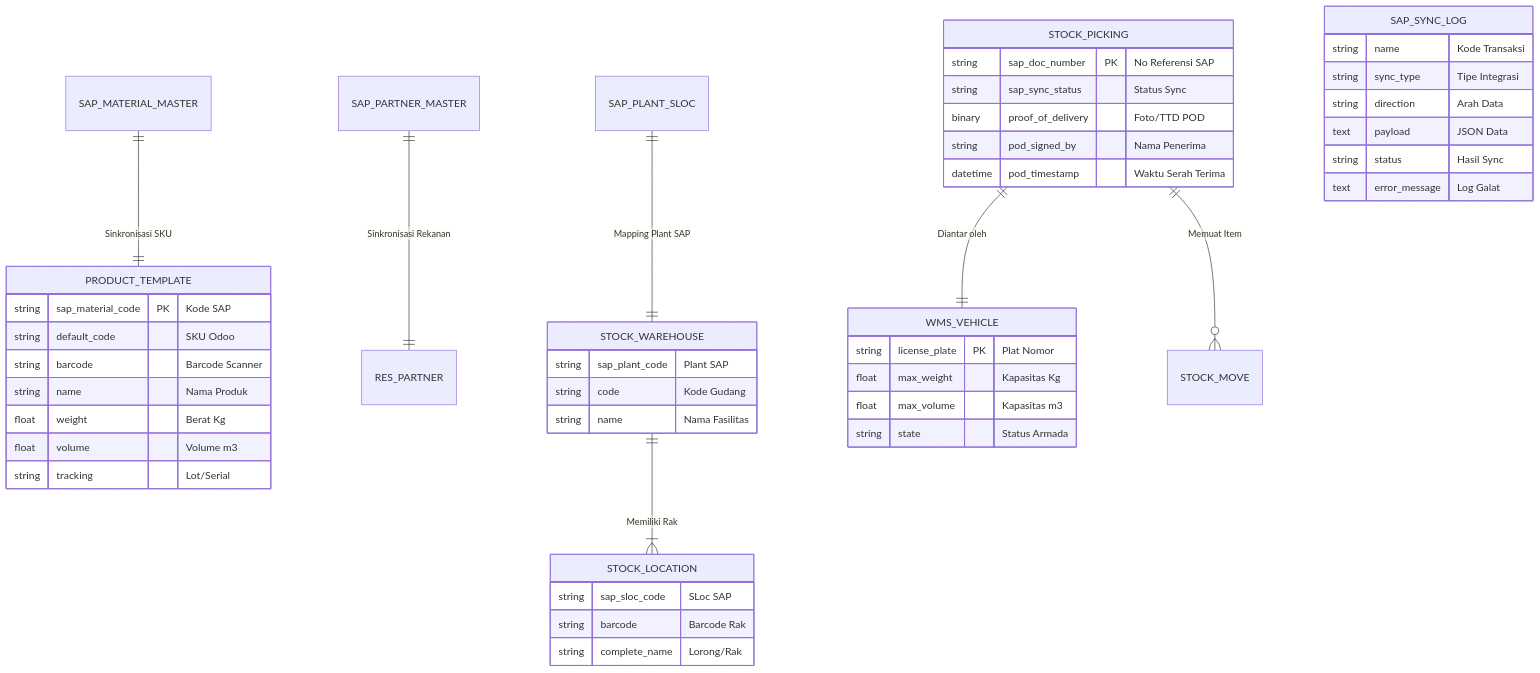
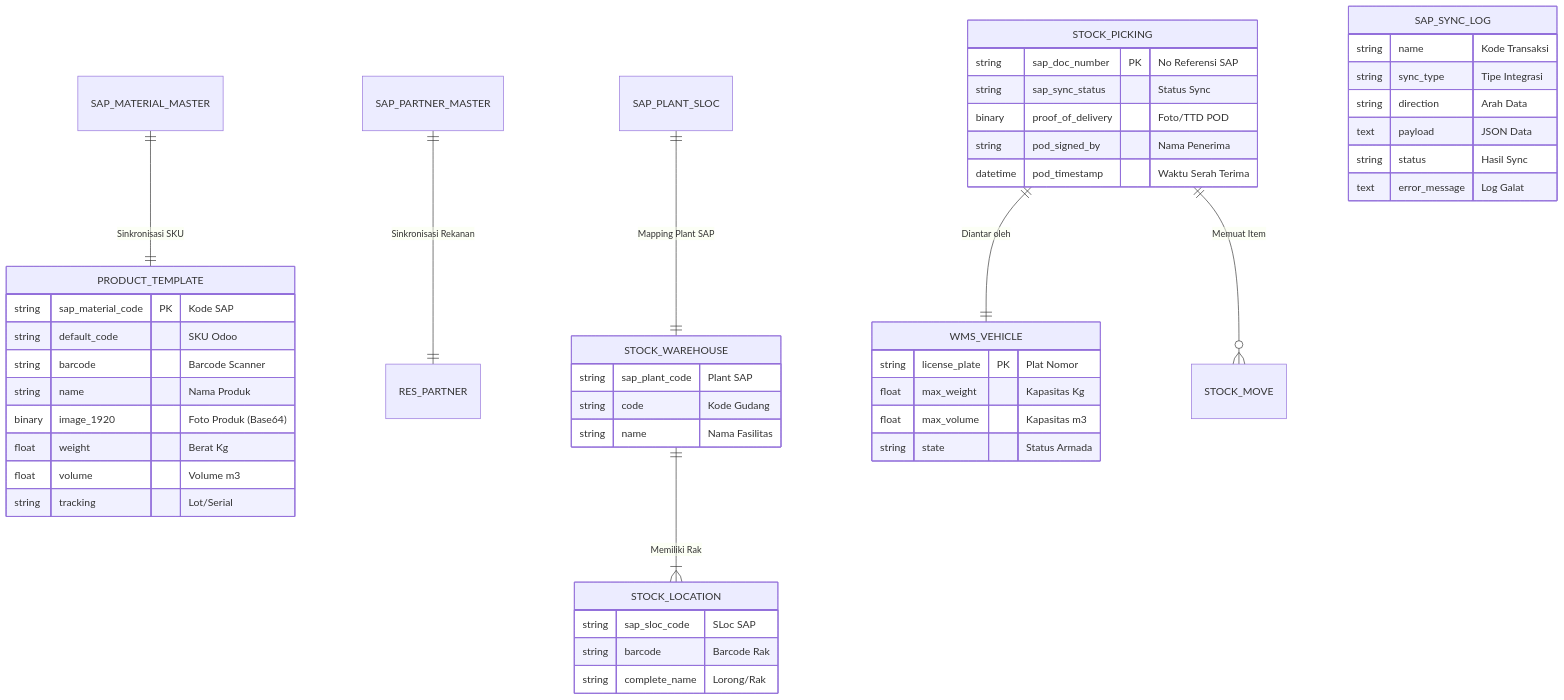
One commit to gkhrismahaq/wms-logistics-sap-connector changed the diagram in docs/tsd.md. Above: the diagram before and after it, drawn with Mermaid. The commit also changed other lines of this file and 1 other file, not shown here.

Commit message:
docs: explicitly document product image_1920 in tsd and roadmap for visual picking and SAP sync

````diff
--- a/docs/tsd.md
+++ b/docs/tsd.md
@@ -128,55 +129,56 @@
 ```mermaid
 erDiagram
     SAP_MATERIAL_MASTER ||--|| PRODUCT_TEMPLATE : "Sinkronisasi SKU"
     SAP_PARTNER_MASTER ||--|| RES_PARTNER : "Sinkronisasi Rekanan"
     SAP_PLANT_SLOC ||--|| STOCK_WAREHOUSE : "Mapping Plant SAP"
 
     PRODUCT_TEMPLATE {
         string sap_material_code PK "Kode SAP"
         string default_code "SKU Odoo"
         string barcode "Barcode Scanner"
         string name "Nama Produk"
+        binary image_1920 "Foto Produk (Base64)"
         float weight "Berat Kg"
         float volume "Volume m3"
         string tracking "Lot/Serial"
     }
 
     STOCK_WAREHOUSE ||--|{ STOCK_LOCATION : "Memiliki Rak"
     STOCK_WAREHOUSE {
         string sap_plant_code "Plant SAP"
         string code "Kode Gudang"
         string name "Nama Fasilitas"
     }
 
     STOCK_LOCATION {
         string sap_sloc_code "SLoc SAP"
         string barcode "Barcode Rak"
         string complete_name "Lorong/Rak"
     }
 
     STOCK_PICKING ||--|| WMS_VEHICLE : "Diantar oleh"
     STOCK_PICKING ||--o{ STOCK_MOVE : "Memuat Item"
     STOCK_PICKING {
         string sap_doc_number PK "No Referensi SAP"
         string sap_sync_status "Status Sync"
         binary proof_of_delivery "Foto/TTD POD"
         string pod_signed_by "Nama Penerima"
         datetime pod_timestamp "Waktu Serah Terima"
     }
 
     WMS_VEHICLE {
         string license_plate PK "Plat Nomor"
         float max_weight "Kapasitas Kg"
         float max_volume "Kapasitas m3"
         string state "Status Armada"
     }
 
     SAP_SYNC_LOG {
         string name "Kode Transaksi"
         string sync_type "Tipe Integrasi"
         string direction "Arah Data"
         text payload "JSON Data"
         string status "Hasil Sync"
         text error_message "Log Galat"
     }
 ```
````
